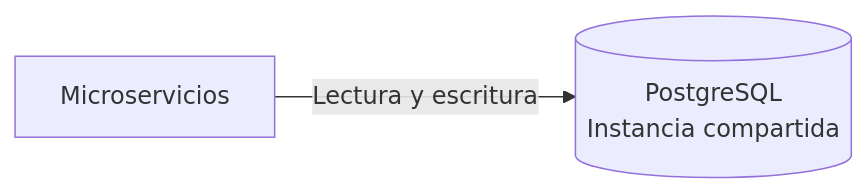
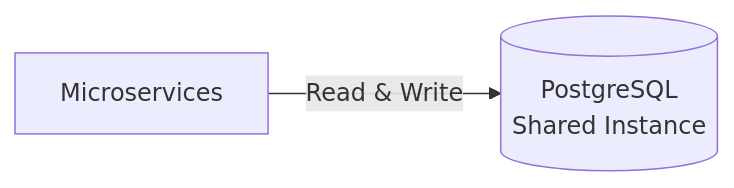
Before and after one commit to migueval/software-engineering: diagram 16 of 29 in Connectivity Strategies in Distributed Systems/ARCHITECTURE.md, drawn with Mermaid. The commit also changed other lines of this file and 19 other files, not shown here.

````diff
--- a/Connectivity Strategies in Distributed Systems/ARCHITECTURE.md
+++ b/Connectivity Strategies in Distributed Systems/ARCHITECTURE.md
@@ -814,8 +814,8 @@
 ```mermaid
 flowchart LR
 
-    SERVICES["Microservicios"]
-    DB[("PostgreSQL<br/>Instancia compartida")]
+    SERVICES["Microservices"]
+    DB[("PostgreSQL<br/>Shared Instance")]
 
-    SERVICES -->|"Lectura y escritura"| DB
+    SERVICES -->|"Read & Write"| DB
 ```
````
